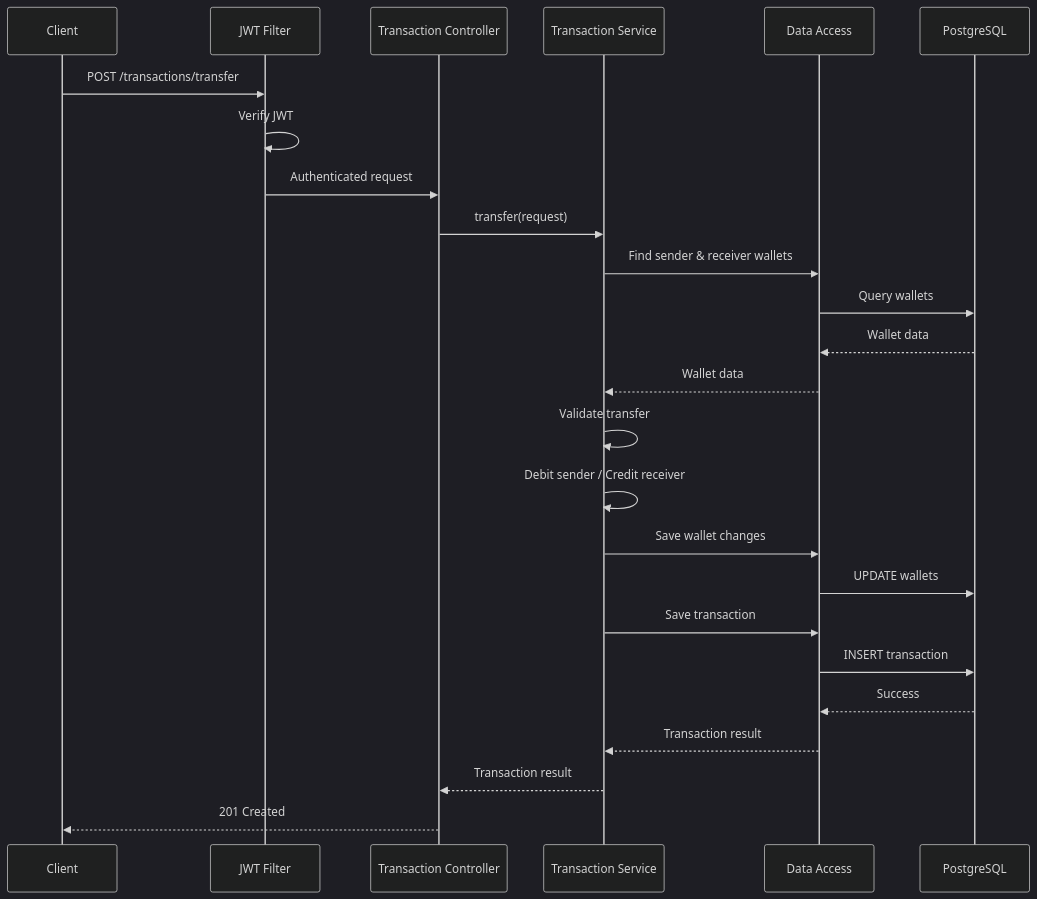
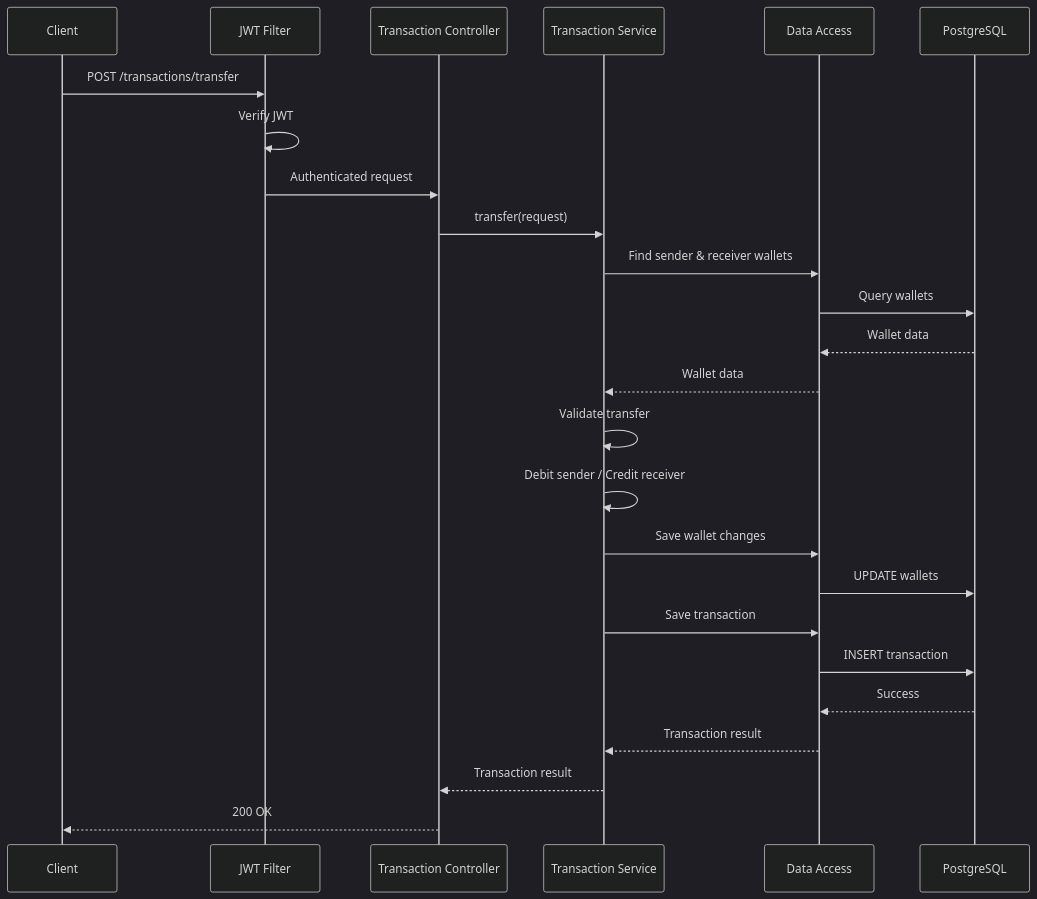
Before and after one commit to meoluoi3/E-wallet: the second of 4 diagrams in README.md, drawn with Mermaid (dark theme). The commit also changed other lines of this file, not shown here.

````diff
--- a/README.md
+++ b/README.md
@@ -98,34 +98,34 @@
 ```mermaid
 sequenceDiagram
     participant C as Client
     participant S as JWT Filter
     participant API as Transaction Controller
     participant B as Transaction Service
     participant D as Data Access
     participant DB as PostgreSQL
 
     C->>S: POST /transactions/transfer
     S->>S: Verify JWT
     S->>API: Authenticated request
 
     API->>B: transfer(request)
 
     B->>D: Find sender & receiver wallets
     D->>DB: Query wallets
     DB-->>D: Wallet data
     D-->>B: Wallet data
 
     B->>B: Validate transfer
     B->>B: Debit sender / Credit receiver
 
     B->>D: Save wallet changes
     D->>DB: UPDATE wallets
 
     B->>D: Save transaction
     D->>DB: INSERT transaction
 
     DB-->>D: Success
     D-->>B: Transaction result
     B-->>API: Transaction result
-    API-->>C: 201 Created
+    API-->>C: 200 OK
 ```
````
